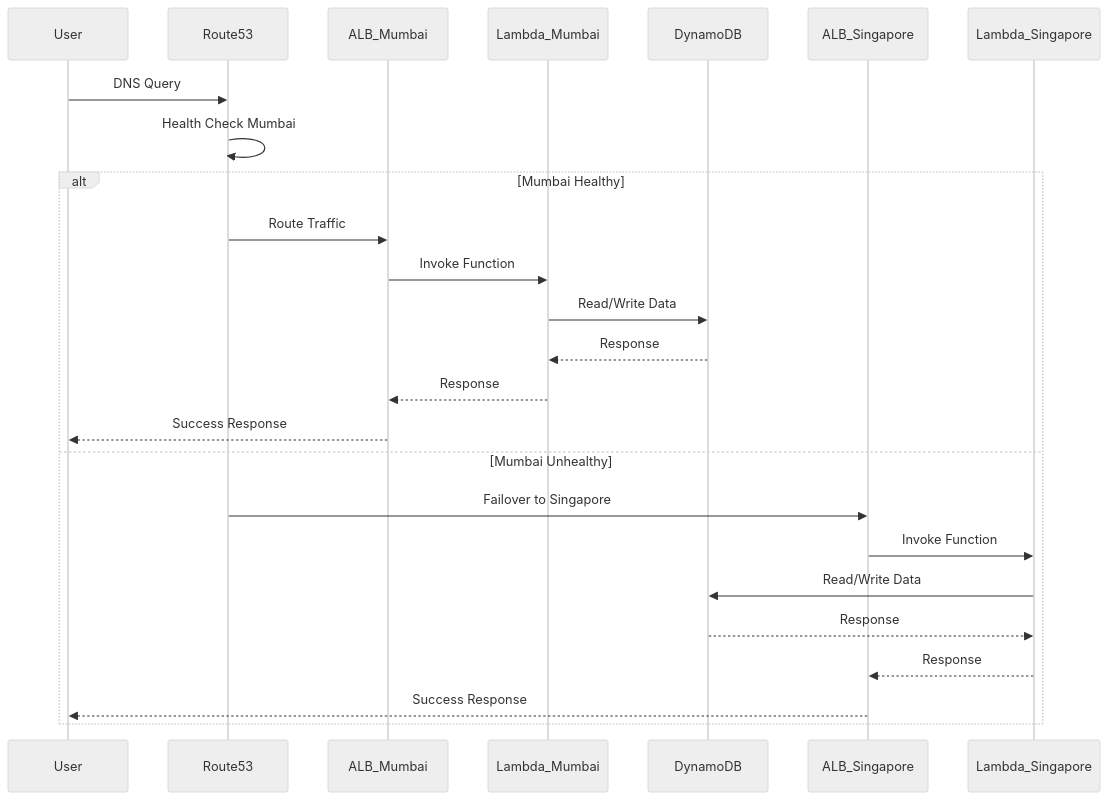
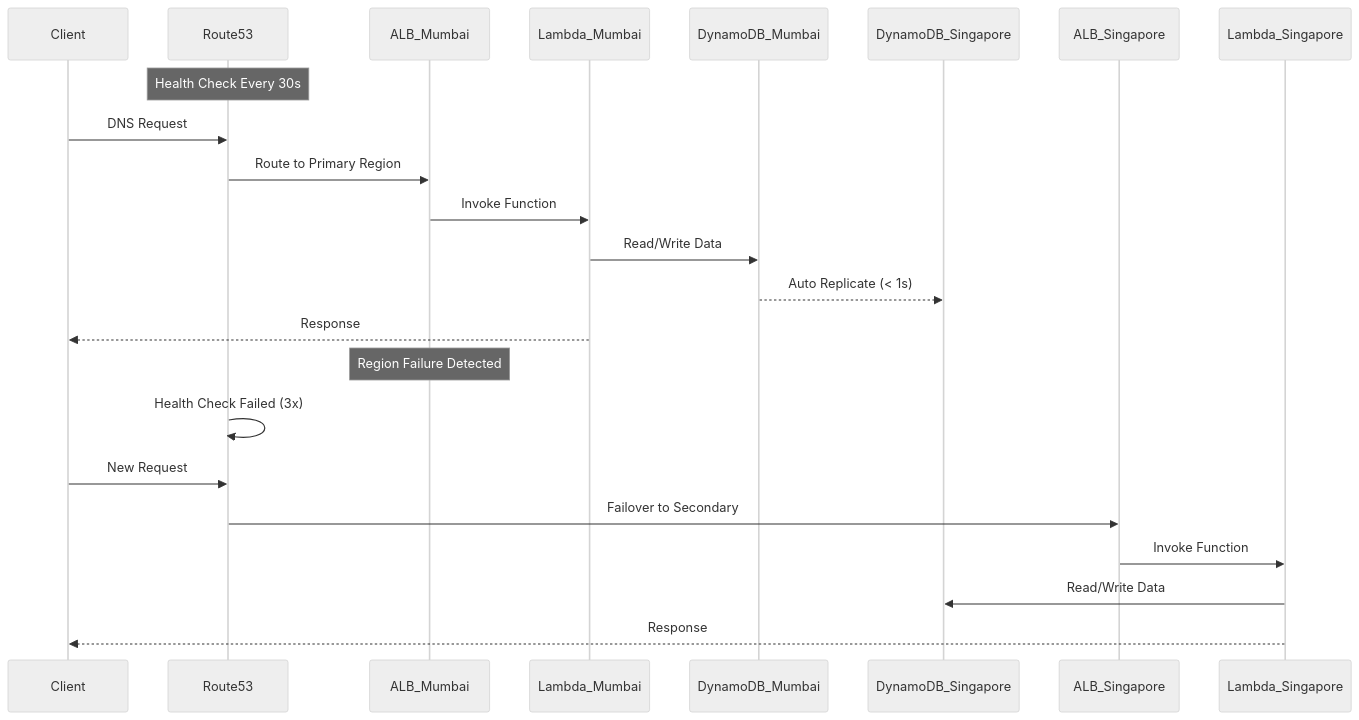
One commit to pravindev666/Multi-Region-Active-Disaster-Recovery changed the second of 3 diagrams in README.md. Above: the diagram before and after it, drawn with Mermaid (neutral theme). The commit also changed other lines of this file, not shown here.

````diff
--- a/README.md
+++ b/README.md
@@ -44,28 +79,29 @@
 ```mermaid
 sequenceDiagram
-    participant User
+    participant Client
     participant Route53
     participant ALB_Mumbai
     participant Lambda_Mumbai
-    participant DynamoDB
+    participant DynamoDB_Mumbai
+    participant DynamoDB_Singapore
     participant ALB_Singapore
     participant Lambda_Singapore
     
-    User->>Route53: DNS Query
-    Route53->>Route53: Health Check Mumbai
-    alt Mumbai Healthy
-        Route53->>ALB_Mumbai: Route Traffic
-        ALB_Mumbai->>Lambda_Mumbai: Invoke Function
-        Lambda_Mumbai->>DynamoDB: Read/Write Data
-        DynamoDB-->>Lambda_Mumbai: Response
-        Lambda_Mumbai-->>ALB_Mumbai: Response
-        ALB_Mumbai-->>User: Success Response
-    else Mumbai Unhealthy
-        Route53->>ALB_Singapore: Failover to Singapore
-        ALB_Singapore->>Lambda_Singapore: Invoke Function
-        Lambda_Singapore->>DynamoDB: Read/Write Data
-        DynamoDB-->>Lambda_Singapore: Response
-        Lambda_Singapore-->>ALB_Singapore: Response
-        ALB_Singapore-->>User: Success Response
-    end
+    Note over Route53: Health Check Every 30s
+    
+    Client->>Route53: DNS Request
+    Route53->>ALB_Mumbai: Route to Primary Region
+    ALB_Mumbai->>Lambda_Mumbai: Invoke Function
+    Lambda_Mumbai->>DynamoDB_Mumbai: Read/Write Data
+    DynamoDB_Mumbai-->>DynamoDB_Singapore: Auto Replicate (< 1s)
+    Lambda_Mumbai-->>Client: Response
+    
+    Note over ALB_Mumbai: Region Failure Detected
+    
+    Route53->>Route53: Health Check Failed (3x)
+    Client->>Route53: New Request
+    Route53->>ALB_Singapore: Failover to Secondary
+    ALB_Singapore->>Lambda_Singapore: Invoke Function
+    Lambda_Singapore->>DynamoDB_Singapore: Read/Write Data
+    Lambda_Singapore-->>Client: Response
 ```
````
